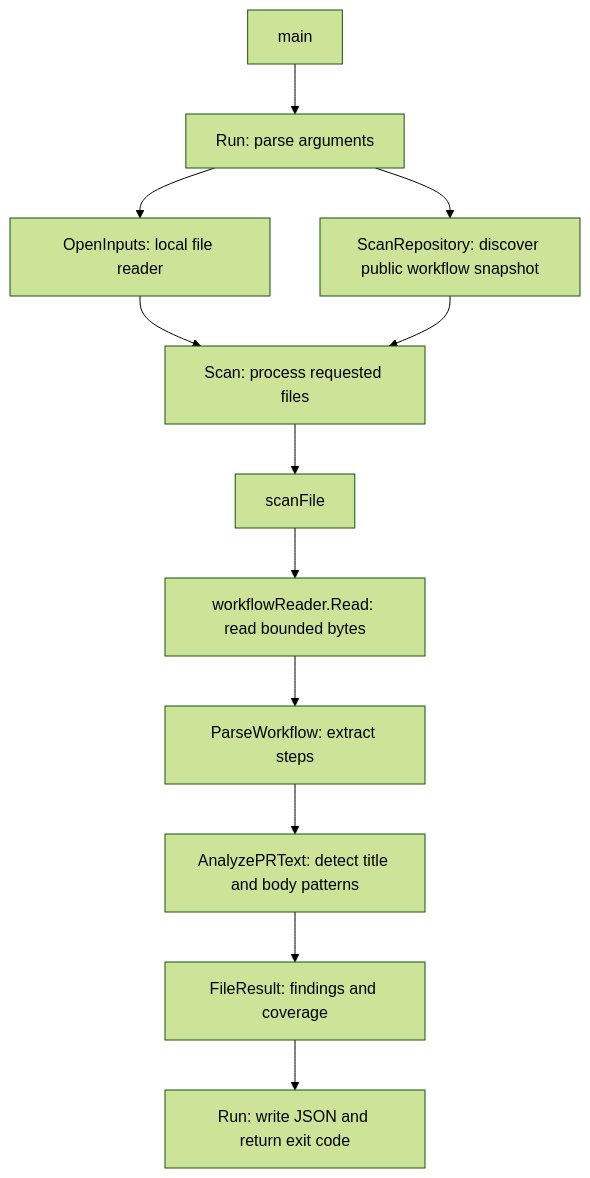
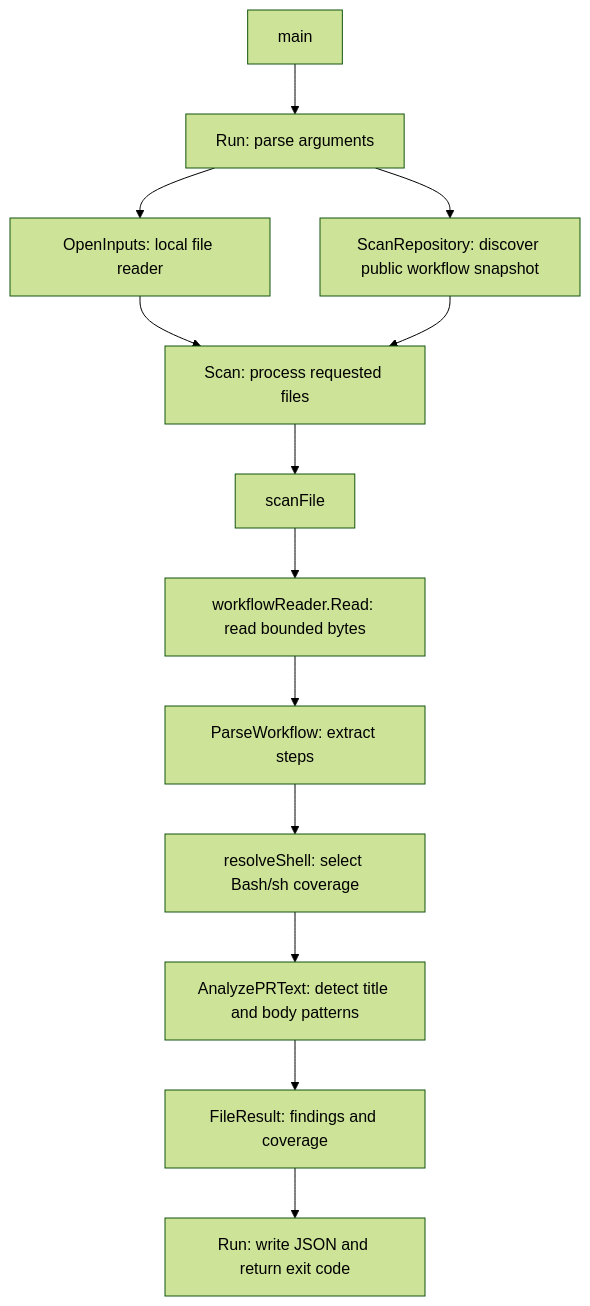
The diagram in docs/ARCHITECTURE.md (zorosz/workflow-hardener), drawn with Mermaid (forest theme) before and after one commit. The commit also changed other lines of this file and 20 other files, not shown here.

Commit message:
Resolve inherited and default Bash/sh shells for PR rules

````diff
--- a/docs/ARCHITECTURE.md
+++ b/docs/ARCHITECTURE.md
@@ -5,14 +5,15 @@
 ```mermaid
 flowchart TD
     MAIN[main] --> CLI[Run: parse arguments]
     CLI --> LOCAL[OpenInputs: local file reader]
     CLI --> REMOTE[ScanRepository: discover public workflow snapshot]
     LOCAL --> SCAN[Scan: process requested files]
     REMOTE --> SCAN
     SCAN --> ONE[scanFile]
     ONE --> READ[workflowReader.Read: read bounded bytes]
     READ --> PARSE[ParseWorkflow: extract steps]
-    PARSE --> RULE[AnalyzePRText: detect title and body patterns]
+    PARSE --> SHELL[resolveShell: select Bash/sh coverage]
+    SHELL --> RULE[AnalyzePRText: detect title and body patterns]
     RULE --> RESULT[FileResult: findings and coverage]
     RESULT --> REPORT[Run: write JSON and return exit code]
 ```
````
